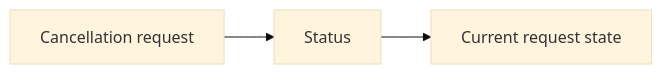
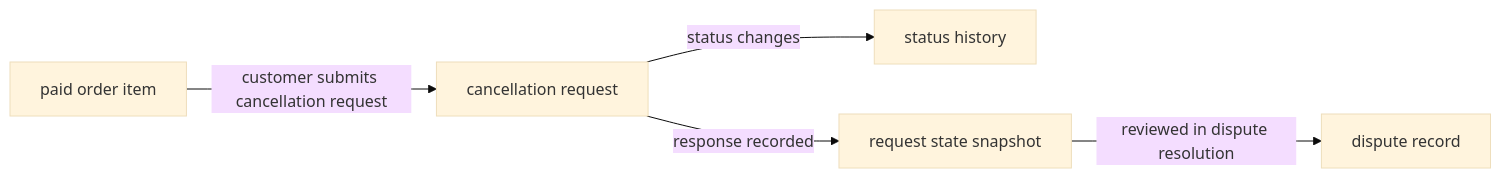
Before and after one commit to wrtnlabs/autobe-examples: diagram 15 of 32 in openai/gpt-5.4-mini/shopping/docs/analysis/02-domain-model.md, drawn with Mermaid (base theme). The commit also changed other lines of this file and 9017 other files, not shown here.

````diff
--- a/openai/gpt-5.4-mini/shopping/docs/analysis/02-domain-model.md
+++ b/openai/gpt-5.4-mini/shopping/docs/analysis/02-domain-model.md
@@ -622,5 +591,7 @@
 ```mermaid
 flowchart LR
-    A["Cancellation request"] --> B["Status"]
-    B --> C["Current request state"]
+    A["paid order item"] -->|"customer submits cancellation request"| B["cancellation request"]
+    B -->|"status changes"| C["status history"]
+    B -->|"response recorded"| D["request state snapshot"]
+    D -->|"reviewed in dispute resolution"| E["dispute record"]
 ```
````
